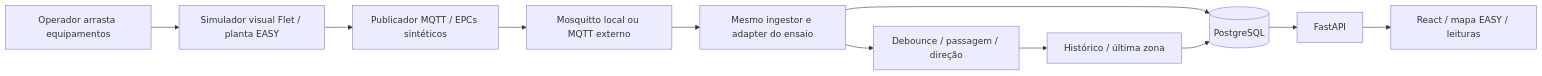
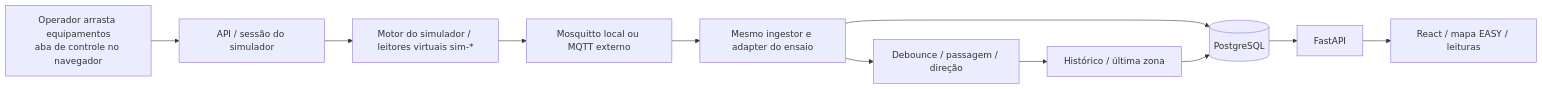
The third of 3 diagrams in README.md (OtavioBrandao/rastreamento-rfid-hupaa), drawn with Mermaid before and after one commit. The commit also changed other lines of this file and 16 other files, not shown here.

````diff
--- a/README.md
+++ b/README.md
@@ -195,13 +213,13 @@
 ```mermaid
 flowchart LR
-    USER[Operador arrasta equipamentos] --> FLET[Simulador visual Flet / planta EASY]
-    FLET --> PUB[Publicador MQTT / EPCs sintéticos]
+    USER[Operador arrasta equipamentos<br/>aba de controle no navegador] --> API0[API / sessão do simulador]
+    API0 --> PUB[Motor do simulador / leitores virtuais sim-*]
     PUB --> BROKER[Mosquitto local ou MQTT externo]
     BROKER --> ING[Mesmo ingestor e adapter do ensaio]
     ING --> DB[(PostgreSQL)]
     ING --> PIPE[Debounce / passagem / direção]
     PIPE --> PROJ[Histórico / última zona]
     PROJ --> DB
     DB --> API[FastAPI]
     API --> UI[React / mapa EASY / leituras]
 ```
````
